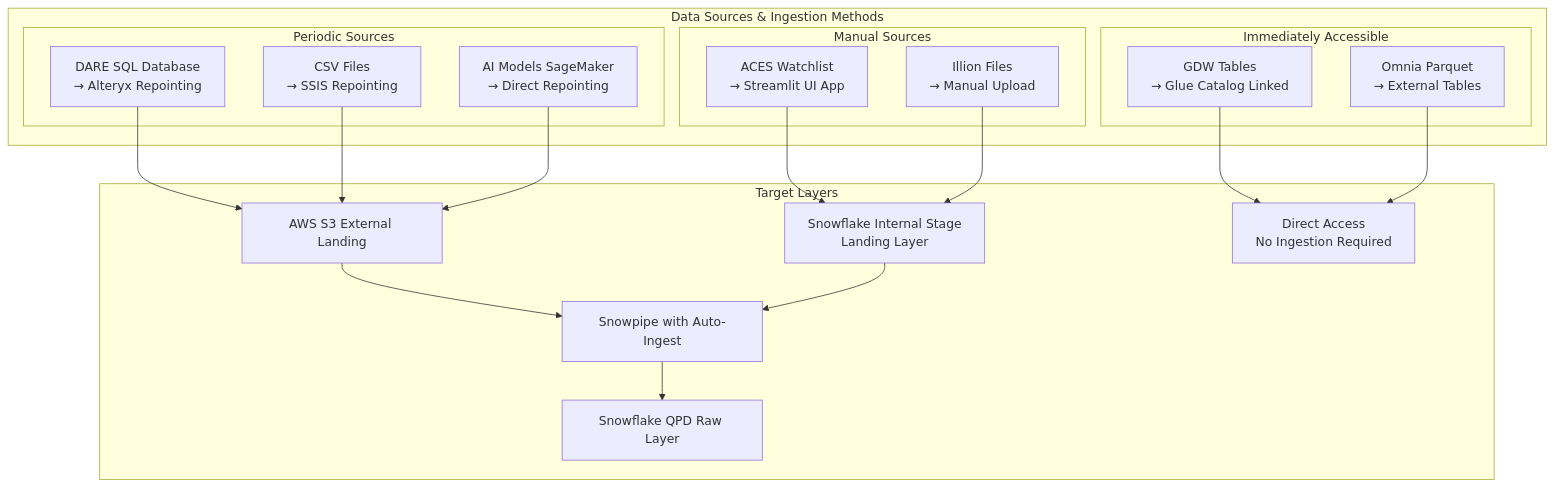
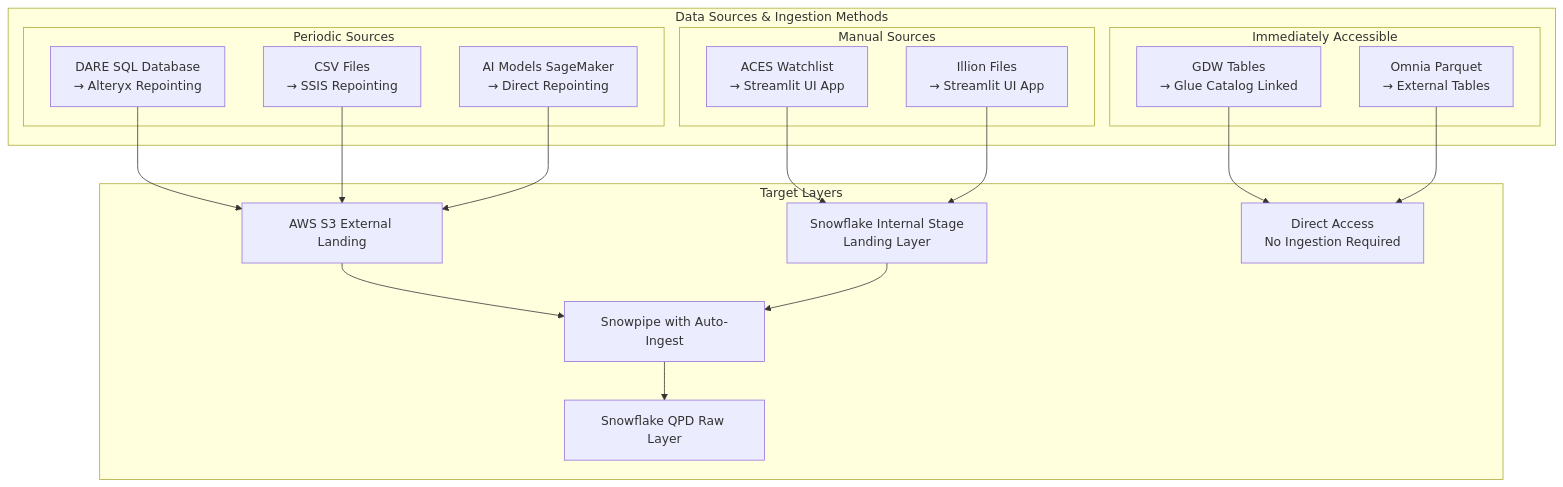
The fifth of 14 diagrams in 15-BB-QPD Future State/QPD - Future State.md (sfc-gh-mhindi/REPO_CBA), drawn with Mermaid before and after one commit. The commit also changed other lines of this file, not shown here.

````diff
--- a/15-BB-QPD Future State/QPD - Future State.md
+++ b/15-BB-QPD Future State/QPD - Future State.md
@@ -418,39 +436,39 @@
 ```mermaid
 graph TB
     subgraph "Data Sources & Ingestion Methods"
         subgraph "Periodic Sources"
             DARE[DARE SQL Database<br/>→ Alteryx Repointing]
             CSV[CSV Files<br/>→ SSIS Repointing]
             AI[AI Models SageMaker<br/>→ Direct Repointing]
         end
         
         subgraph "Manual Sources"
             ACES[ACES Watchlist<br/>→ Streamlit UI App]
-            Illion[Illion Files<br/>→ Manual Upload]
+            Illion[Illion Files<br/>→ Streamlit UI App]
         end
         
         subgraph "Immediately Accessible"
             GDW[GDW Tables<br/>→ Glue Catalog Linked]
             Omnia[Omnia Parquet<br/>→ External Tables]
         end
     end
     
     subgraph "Target Layers"
         S3_Landing[AWS S3 External Landing]
         Internal_Landing[Snowflake Internal Stage<br/>Landing Layer]
         Snowpipe[Snowpipe with Auto-Ingest]
         Raw[Snowflake QPD Raw Layer]
         Direct[Direct Access<br/>No Ingestion Required]
     end
     
     DARE --> S3_Landing
     CSV --> S3_Landing
     AI --> S3_Landing
     ACES --> Internal_Landing
     Illion --> Internal_Landing
     S3_Landing --> Snowpipe
     Internal_Landing --> Snowpipe
     Snowpipe --> Raw
     GDW --> Direct
     Omnia --> Direct
 ```
````
